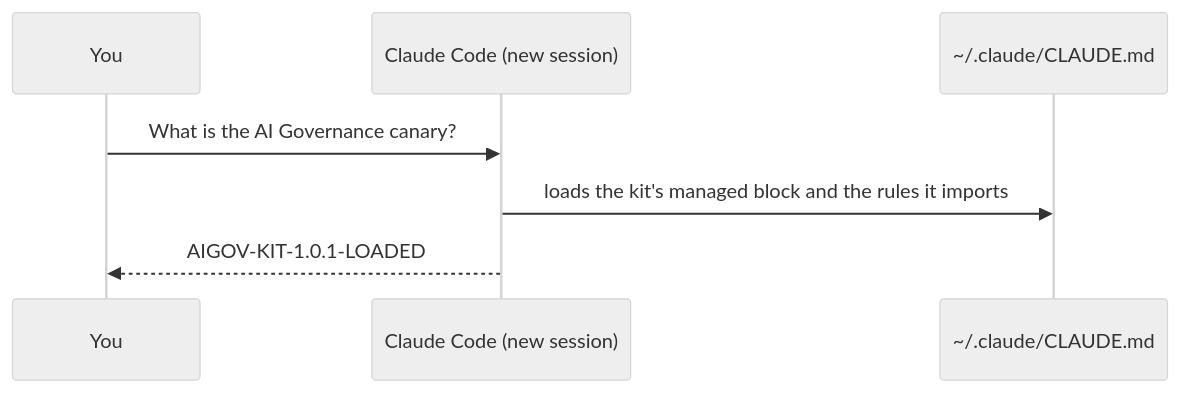
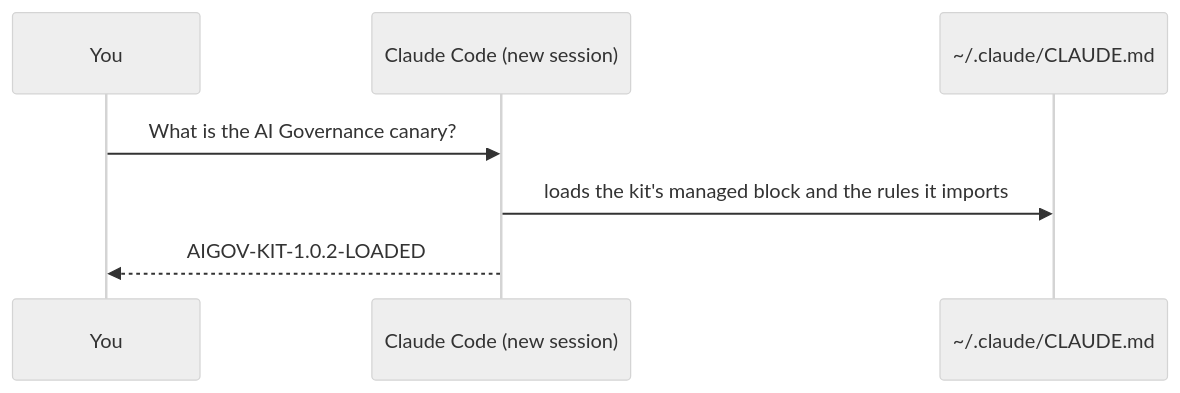
Before and after one commit to infodhorvath-sudo/AI-GOVERNANCE-STARTER-KIT: the second of 2 diagrams in docs/INSTALLATION-GUIDE.md, drawn with Mermaid (neutral theme). The commit also changed other lines of this file and 14 other files, not shown here.

````diff
--- a/docs/INSTALLATION-GUIDE.md
+++ b/docs/INSTALLATION-GUIDE.md
@@ -106,9 +106,9 @@
 ```mermaid
 sequenceDiagram
   participant You
   participant Claude as Claude Code (new session)
   participant Cfg as ~/.claude/CLAUDE.md
   You->>Claude: What is the AI Governance canary?
   Claude->>Cfg: loads the kit's managed block and the rules it imports
-  Claude-->>You: AIGOV-KIT-1.0.1-LOADED
+  Claude-->>You: AIGOV-KIT-1.0.2-LOADED
 ```
````
